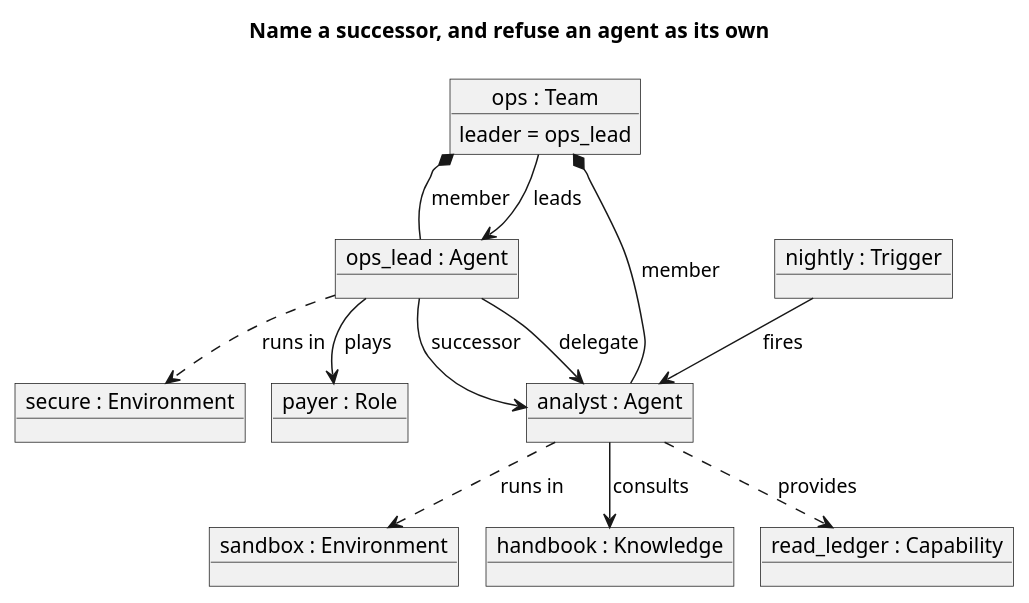
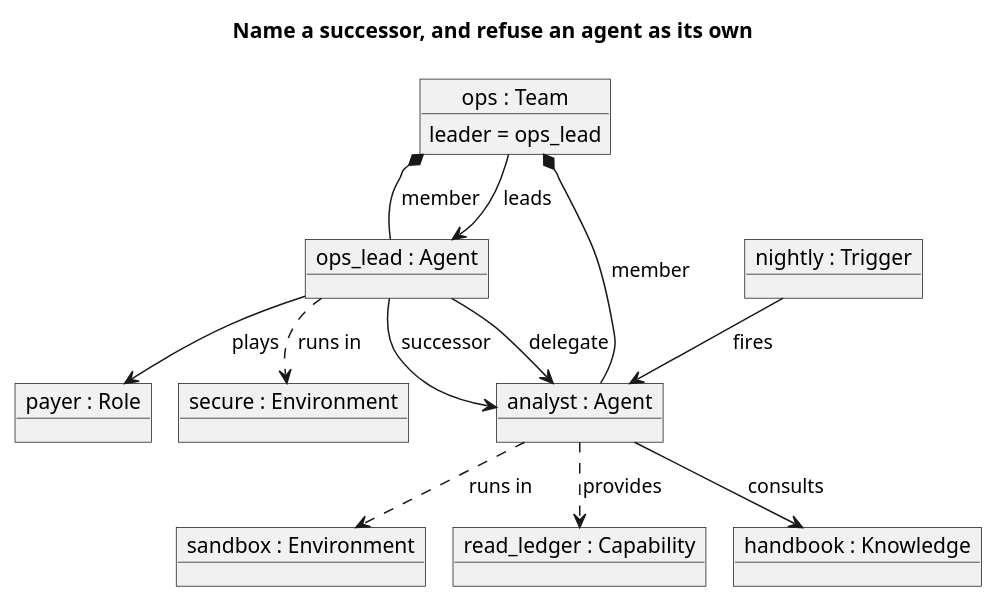
One commit to zoetsekas/agentic-organization changed the diagram in docs/metamodel/scenarios/successor.puml. Above: the diagram before and after it, drawn with PlantUML. The commit also changed other lines of this file and 32 other files, not shown here.

First line of the commit message:
Split the metamodel into one UML profile per concern, with no change to the link rules (ADR-0112)

```diff
--- a/docs/metamodel/scenarios/successor.puml
+++ b/docs/metamodel/scenarios/successor.puml
@@ -1,26 +1,26 @@
 @startuml successor
 !pragma layout smetana
 title Name a successor, and refuse an agent as its own
 object "ops_lead : Agent" as agent_ops_lead
 object "analyst : Agent" as agent_analyst
+object "payer : Role" as role_payer
 object "secure : Environment" as environment_secure
-object "payer : Role" as role_payer
 object "sandbox : Environment" as environment_sandbox
+object "read_ledger : Capability" as capability_read_ledger
 object "handbook : Knowledge" as knowledge_handbook
-object "read_ledger : Capability" as capability_read_ledger
 object "ops : Team" as team_ops {
   leader = ops_lead
 }
 object "nightly : Trigger" as trigger_nightly
-agent_ops_lead ..> environment_secure : runs in
 agent_ops_lead --> role_payer : plays
 agent_ops_lead --> agent_analyst : successor
+agent_ops_lead ..> environment_secure : runs in
 agent_analyst ..> environment_sandbox : runs in
+agent_analyst ..> capability_read_ledger : provides
 agent_analyst --> knowledge_handbook : consults
-agent_analyst ..> capability_read_ledger : provides
 team_ops *-- agent_ops_lead : member
 team_ops *-- agent_analyst : member
 team_ops --> agent_ops_lead : leads
 trigger_nightly --> agent_analyst : fires
 agent_ops_lead --> agent_analyst : delegate
 @enduml
```
